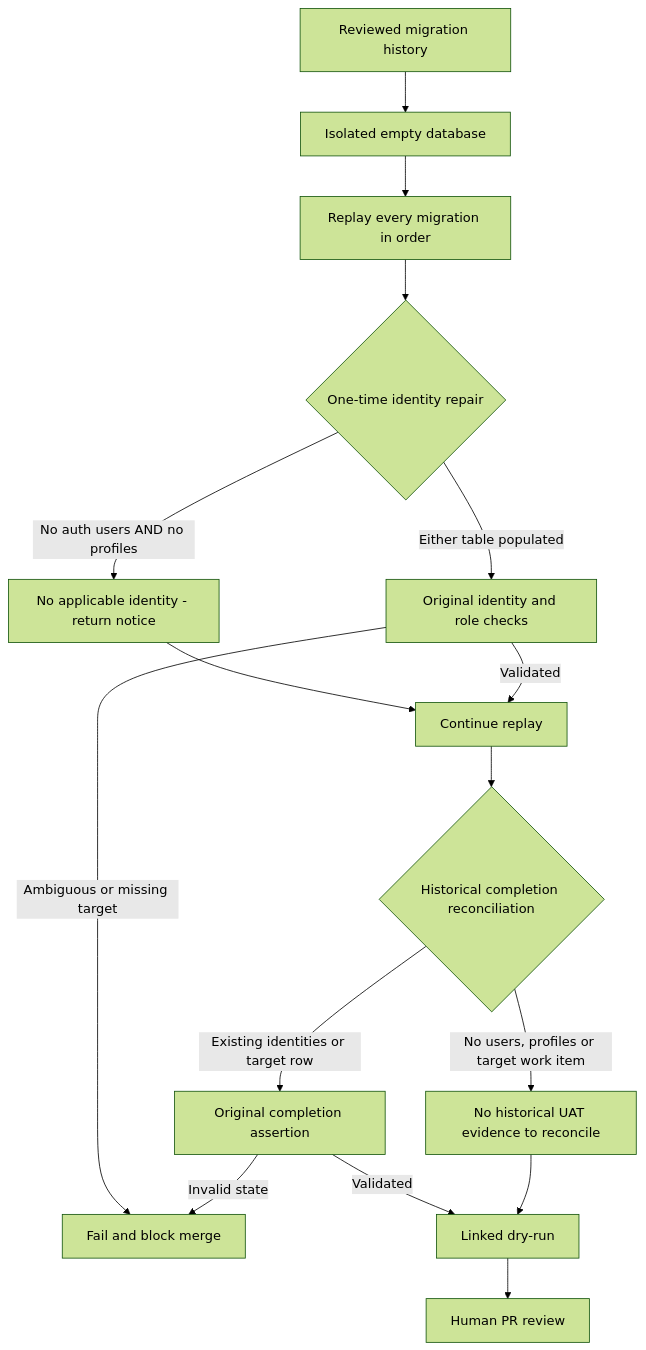
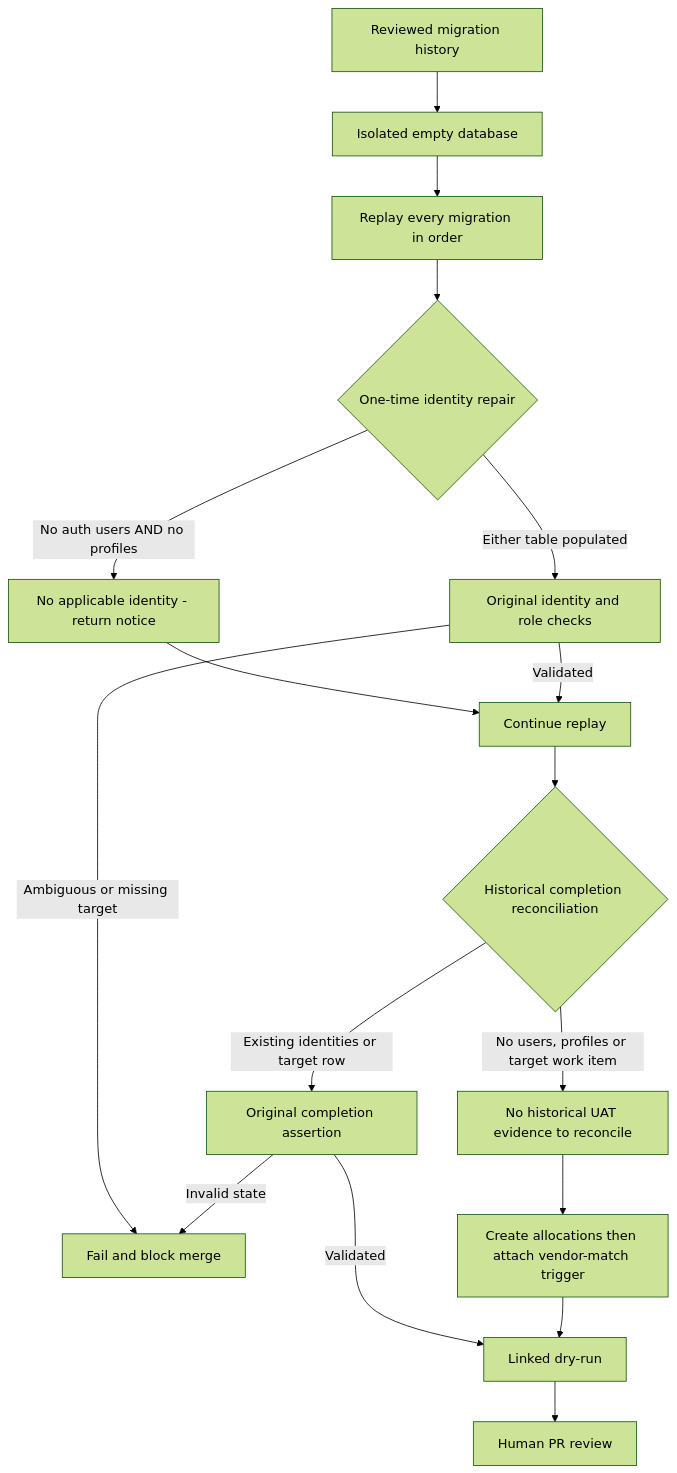
The diagram in docs/SUPABASE_REPLAY_FLOW.md (paramonjong-afk/WisdomAI), drawn with Mermaid (forest theme) before and after one commit. The commit also changed other lines of this file and 4 other files, not shown here.

````diff
--- a/docs/SUPABASE_REPLAY_FLOW.md
+++ b/docs/SUPABASE_REPLAY_FLOW.md
@@ -1,18 +1,19 @@
 ```mermaid
 flowchart TD
   A[Reviewed migration history] --> B[Isolated empty database]
   B --> C[Replay every migration in order]
   C --> D{One-time identity repair}
   D -->|No auth users AND no profiles| E[No applicable identity - return notice]
   D -->|Either table populated| F[Original identity and role checks]
   F -->|Ambiguous or missing target| G[Fail and block merge]
   E --> H[Continue replay]
   F -->|Validated| H
   H --> K{Historical completion reconciliation}
   K -->|No users, profiles or target work item| L[No historical UAT evidence to reconcile]
   K -->|Existing identities or target row| M[Original completion assertion]
   M -->|Invalid state| G
   M -->|Validated| I[Linked dry-run]
-  L --> I
+  L --> N[Create allocations then attach vendor-match trigger]
+  N --> I
   I --> J[Human PR review]
 ```
````
